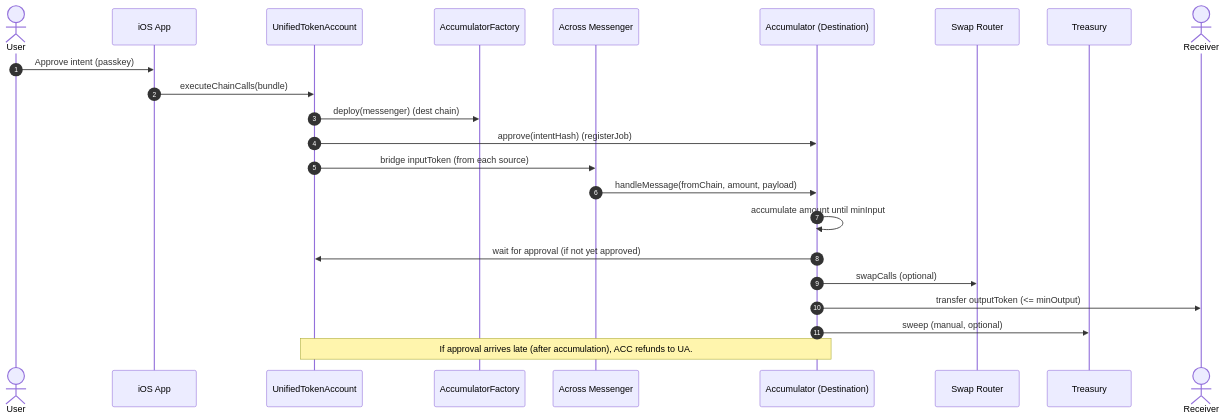
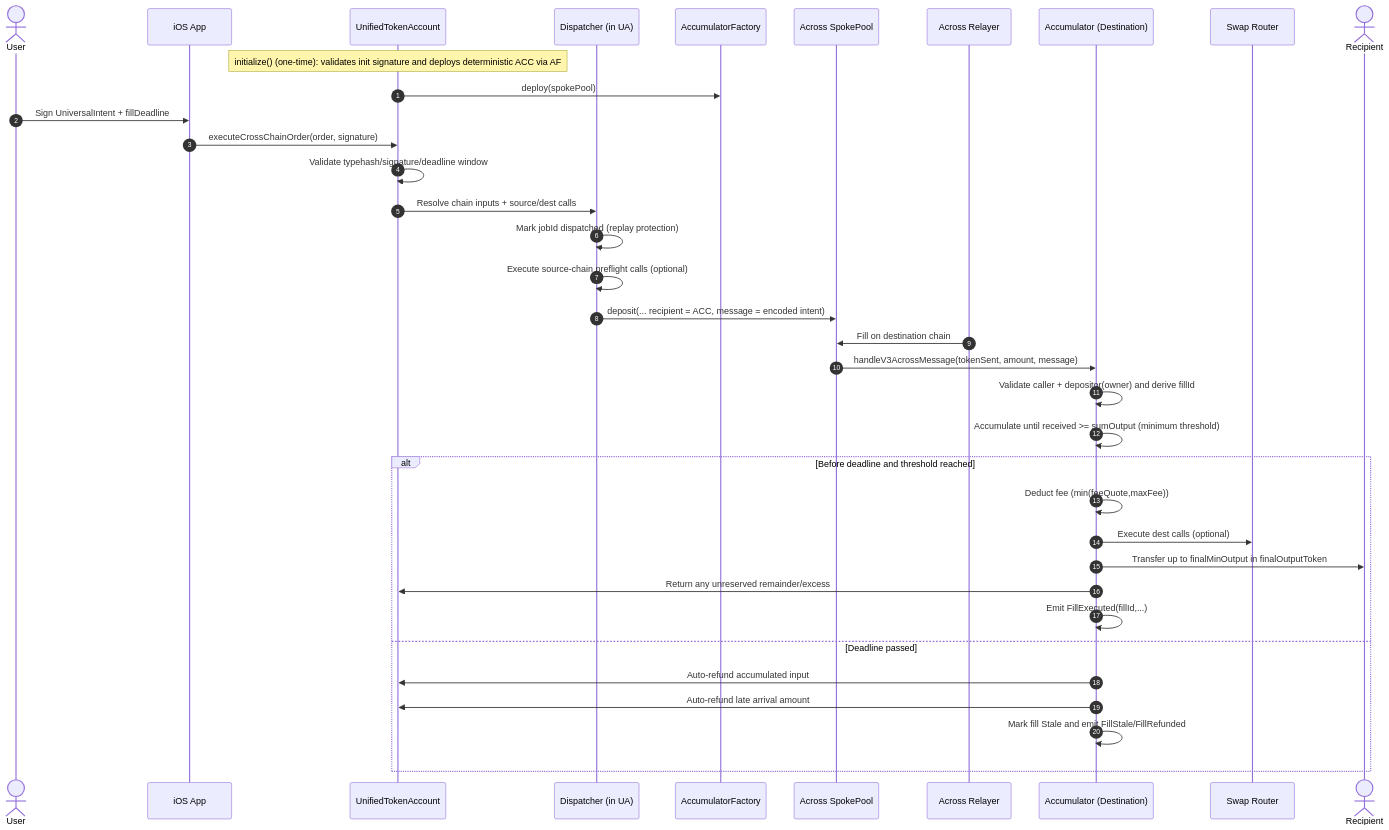
Before and after one commit to code-z2/knot: the diagram in contracts/README.md, drawn with Mermaid. The commit also changed other lines of this file and 20 other files, not shown here.

Commit message:
feat: Implement cross-chain intent architecture with Dispatcher and Across SpokePool integration.

````diff
--- a/contracts/README.md
+++ b/contracts/README.md
@@ -4,29 +4,42 @@
 ```mermaid
 sequenceDiagram
     autonumber
     actor User
     participant App as iOS App
     participant UA as UnifiedTokenAccount
+    participant D as Dispatcher (in UA)
     participant AF as AccumulatorFactory
-    participant M as Across Messenger
+    participant SP as Across SpokePool
+    participant R as Across Relayer
     participant ACC as Accumulator (Destination)
     participant DEX as Swap Router
-    participant TRE as Treasury
-    actor Receiver
+    actor RCPT as Recipient
 
-    User->>App: Approve intent (passkey)
-    App->>UA: executeChainCalls(bundle)
-    UA->>AF: deploy(messenger)  (dest chain)
-    UA->>ACC: approve(intentHash)  (registerJob)
-    UA->>M: bridge inputToken (from each source)
+    Note over UA: initialize() (one-time): validates init signature and deploys deterministic ACC via AF
+    UA->>AF: deploy(spokePool)
 
-    M->>ACC: handleMessage(fromChain, amount, payload)
-    ACC->>ACC: accumulate amount until minInput
-    ACC->>UA: wait for approval (if not yet approved)
+    User->>App: Sign UniversalIntent + fillDeadline
+    App->>UA: executeCrossChainOrder(order, signature)
+    UA->>UA: Validate typehash/signature/deadline window
+    UA->>D: Resolve chain inputs + source/dest calls
+    D->>D: Mark jobId dispatched (replay protection)
+    D->>D: Execute source-chain preflight calls (optional)
+    D->>SP: deposit(... recipient = ACC, message = encoded intent)
 
-    ACC->>DEX: swapCalls (optional)
-    ACC->>Receiver: transfer outputToken (<= minOutput)
-    ACC->>TRE: sweep (manual, optional)
+    R->>SP: Fill on destination chain
+    SP->>ACC: handleV3AcrossMessage(tokenSent, amount, message)
+    ACC->>ACC: Validate caller + depositor(owner) and derive fillId
+    ACC->>ACC: Accumulate until received >= sumOutput (minimum threshold)
 
-    Note over ACC,UA: If approval arrives late (after accumulation), ACC refunds to UA.
+    alt Before deadline and threshold reached
+        ACC->>ACC: Deduct fee (min(feeQuote,maxFee))
+        ACC->>DEX: Execute dest calls (optional)
+        ACC->>RCPT: Transfer up to finalMinOutput in finalOutputToken
+        ACC->>UA: Return any unreserved remainder/excess
+        ACC->>ACC: Emit FillExecuted(fillId,...)
+    else Deadline passed
+        ACC->>UA: Auto-refund accumulated input
+        ACC->>UA: Auto-refund late arrival amount
+        ACC->>ACC: Mark fill Stale and emit FillStale/FillRefunded
+    end
 ```
````
